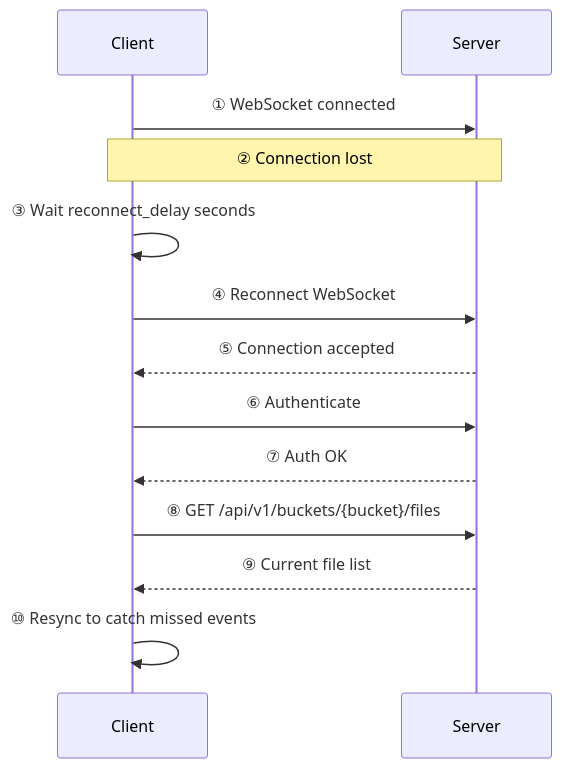
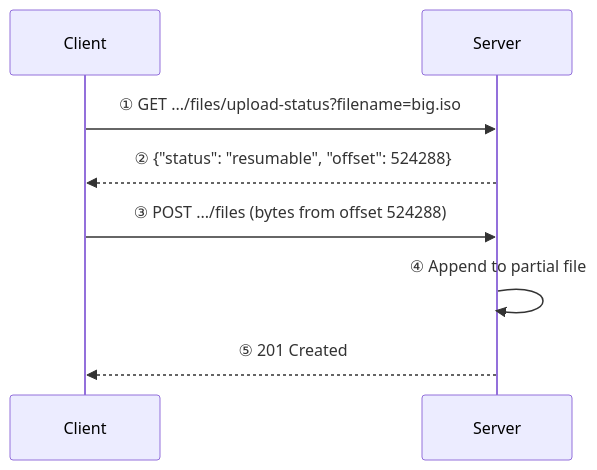
The sixth of 6 diagrams in docs/sync-flow.md (albertsdk/hsync-server), drawn with Mermaid before and after one commit. The commit also changed other lines of this file and 4 other files, not shown here.

Commit message:
docs: update sync-flow, README, API, architecture, and FAQ

````diff
--- a/docs/sync-flow.md
+++ b/docs/sync-flow.md
@@ -156,18 +150,12 @@
 ```mermaid
 sequenceDiagram
     participant C as Client
     participant S as Server
 
-    C->>S: ① WebSocket connected
-    Note over C,S: ② Connection lost
+    C->>S: ① GET .../files/upload-status?filename=big.iso
+    S-->>C: ② {"status": "resumable", "offset": 524288}
 
-    C->>C: ③ Wait reconnect_delay seconds
-    C->>S: ④ Reconnect WebSocket
-    S-->>C: ⑤ Connection accepted
-    C->>S: ⑥ Authenticate
-    S-->>C: ⑦ Auth OK
-
-    C->>S: ⑧ GET /api/v1/buckets/{bucket}/files
-    S-->>C: ⑨ Current file list
-    C->>C: ⑩ Resync to catch missed events
+    C->>S: ③ POST .../files (bytes from offset 524288)
+    S->>S: ④ Append to partial file
+    S-->>C: ⑤ 201 Created
 ```
````
